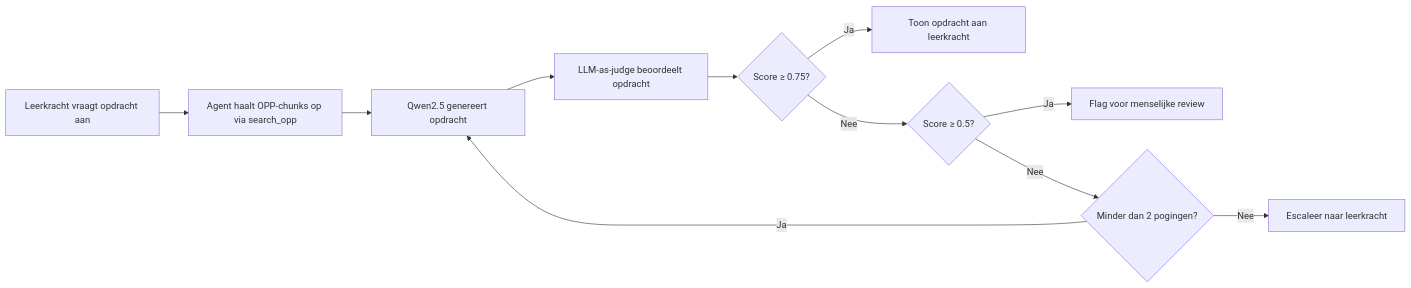
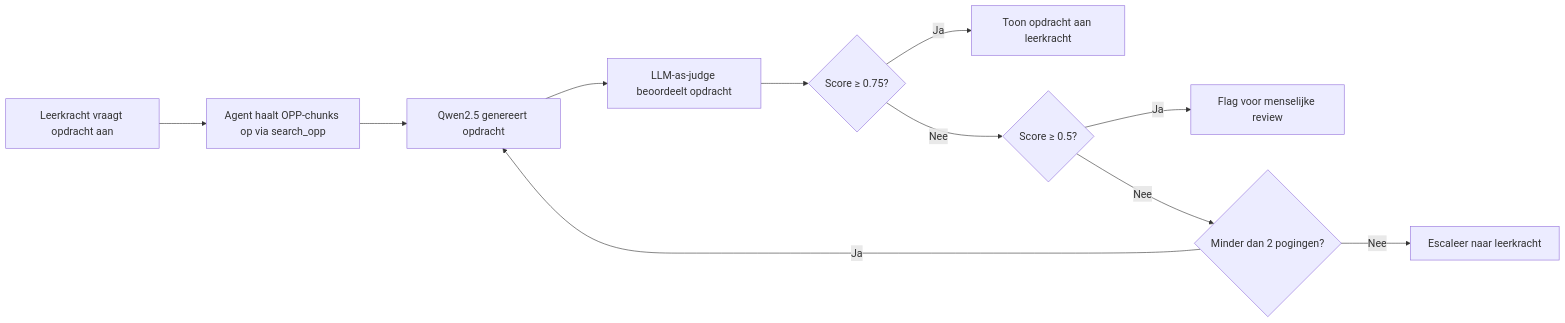
Before and after one commit to Jayson123321/Juf-aimee: the diagram in docs/Kwaliteitsevaluatie/llm-as-judge.md, drawn with Mermaid.

Commit message:
Docs: Mermaid zoomin

````diff
--- a/docs/Kwaliteitsevaluatie/llm-as-judge.md
+++ b/docs/Kwaliteitsevaluatie/llm-as-judge.md
@@ -5,14 +5,14 @@
 ```mermaid
-%%{init: {'flowchart': {'useMaxWidth': true}}}%%
+%%{init: {'flowchart': {'useMaxWidth': true, 'nodeSpacing': 60, 'rankSpacing': 80}, 'themeVariables': {'fontSize': '18px'}}}%%
 flowchart LR
     A[Leerkracht vraagt opdracht aan] --> B[Agent haalt OPP-chunks op via search_opp]
     B --> C[Qwen2.5 genereert opdracht]
     C --> D[LLM-as-judge beoordeelt opdracht]
     D --> E{Score ≥ 0.75?}
     E -- Ja --> F[Toon opdracht aan leerkracht]
     E -- Nee --> G{Score ≥ 0.5?}
     G -- Ja --> H[Flag voor menselijke review]
     G -- Nee --> I{Minder dan 2 pogingen?}
     I -- Ja --> C
     I -- Nee --> J[Escaleer naar leerkracht]
 ```
````
